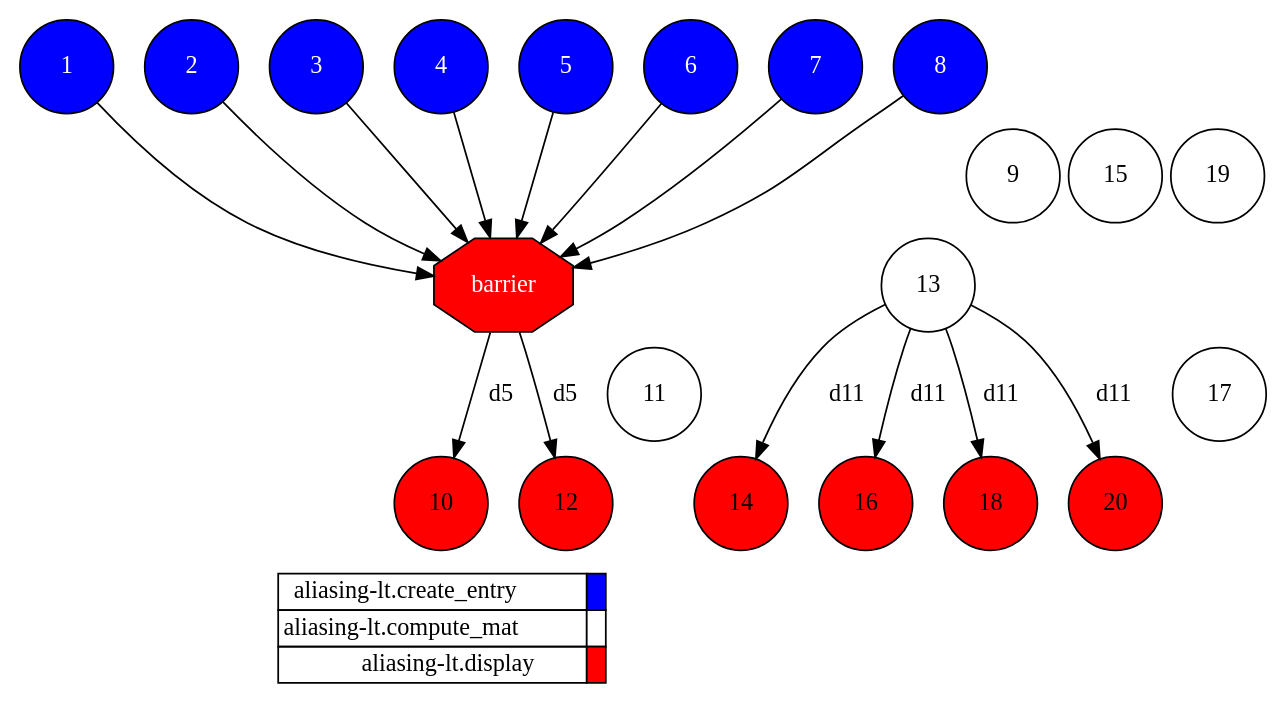
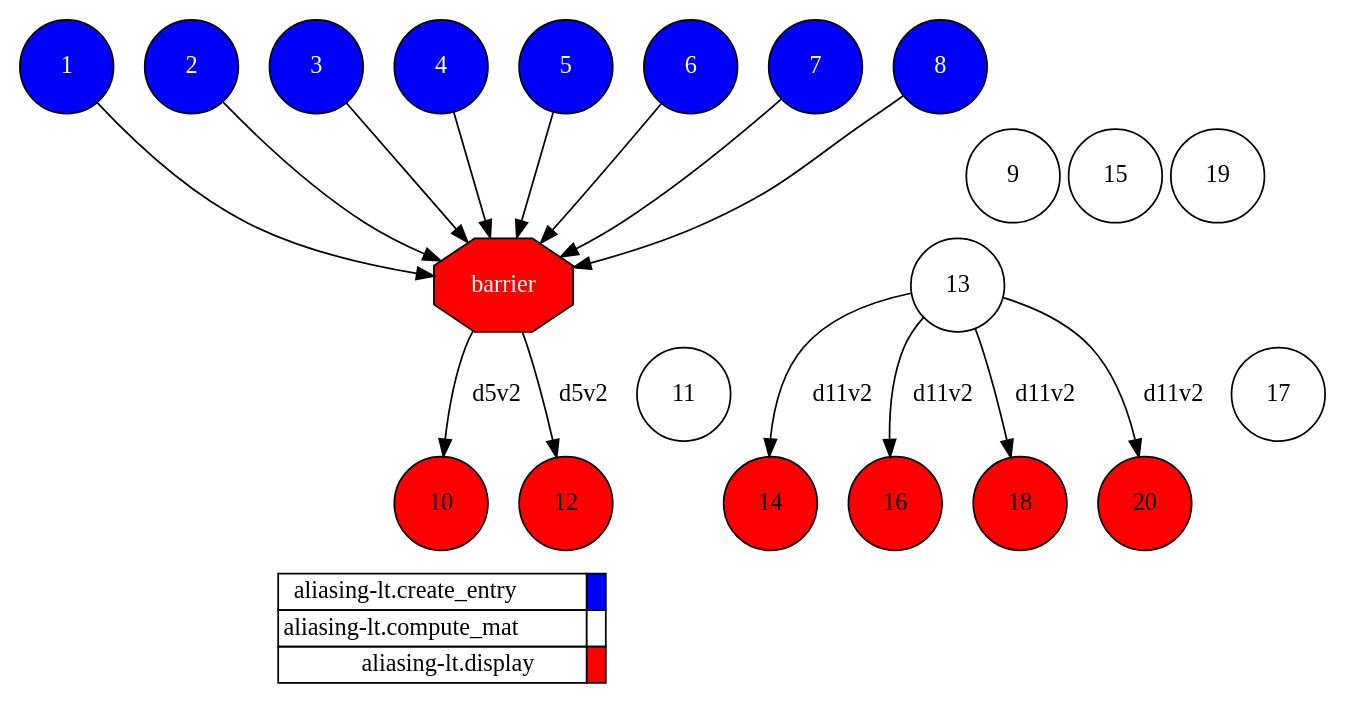
The diagram in examples/aliasing-lt/results/local/userparallel/complete_graph.dot (cristianrcv/pycompss-autoparallel), drawn with Graphviz before and after one commit. The commit also changed 131 other files, not shown here.

```diff
--- a/examples/aliasing-lt/results/local/userparallel/complete_graph.dot
+++ b/examples/aliasing-lt/results/local/userparallel/complete_graph.dot
@@ -1,65 +1,65 @@
 digraph {
   rankdir=TB;
   labeljust="l";
   subgraph dependence_graph {
     ranksep=0.20;
     node[height=0.75];
 
 1[shape=circle, style=filled fillcolor="#0000ff" fontcolor="#ffffff"];
 2[shape=circle, style=filled fillcolor="#0000ff" fontcolor="#ffffff"];
 3[shape=circle, style=filled fillcolor="#0000ff" fontcolor="#ffffff"];
 4[shape=circle, style=filled fillcolor="#0000ff" fontcolor="#ffffff"];
 5[shape=circle, style=filled fillcolor="#0000ff" fontcolor="#ffffff"];
 6[shape=circle, style=filled fillcolor="#0000ff" fontcolor="#ffffff"];
 7[shape=circle, style=filled fillcolor="#0000ff" fontcolor="#ffffff"];
 8[shape=circle, style=filled fillcolor="#0000ff" fontcolor="#ffffff"];
 Synchro1[label="barrier", shape=octagon, style=filled fillcolor="#ff0000" fontcolor="#FFFFFF"];
 2 -> Synchro1;
+6 -> Synchro1;
+1 -> Synchro1;
+4 -> Synchro1;
+3 -> Synchro1;
+8 -> Synchro1;
+5 -> Synchro1;
 7 -> Synchro1;
-6 -> Synchro1;
-8 -> Synchro1;
-1 -> Synchro1;
-3 -> Synchro1;
-4 -> Synchro1;
-5 -> Synchro1;
 9[shape=circle, style=filled fillcolor="#ffffff" fontcolor="#000000"];
 10[shape=circle, style=filled fillcolor="#ff0000" fontcolor="#000000"];
-Synchro1 -> 10[ label="d5" ];
+Synchro1 -> 10[ label="d5v2" ];
 11[shape=circle, style=filled fillcolor="#ffffff" fontcolor="#000000"];
 12[shape=circle, style=filled fillcolor="#ff0000" fontcolor="#000000"];
-Synchro1 -> 12[ label="d5" ];
+Synchro1 -> 12[ label="d5v2" ];
 13[shape=circle, style=filled fillcolor="#ffffff" fontcolor="#000000"];
 14[shape=circle, style=filled fillcolor="#ff0000" fontcolor="#000000"];
-13 -> 14[ label="d11" ];
+13 -> 14[ label="d11v2" ];
 15[shape=circle, style=filled fillcolor="#ffffff" fontcolor="#000000"];
 16[shape=circle, style=filled fillcolor="#ff0000" fontcolor="#000000"];
-13 -> 16[ label="d11" ];
+13 -> 16[ label="d11v2" ];
 17[shape=circle, style=filled fillcolor="#ffffff" fontcolor="#000000"];
 18[shape=circle, style=filled fillcolor="#ff0000" fontcolor="#000000"];
-13 -> 18[ label="d11" ];
+13 -> 18[ label="d11v2" ];
 19[shape=circle, style=filled fillcolor="#ffffff" fontcolor="#000000"];
 20[shape=circle, style=filled fillcolor="#ff0000" fontcolor="#000000"];
-13 -> 20[ label="d11" ];  }
+13 -> 20[ label="d11v2" ];  }
   subgraph legend {
     rank=sink;
     node [shape=plaintext, height=0.75];
     ranksep=0.20;
     label = "Legend";
     key [label=<
       <table border="0" cellpadding="2" cellspacing="0" cellborder="1">
 <tr>
 <td align="right">aliasing-lt.create_entry</td>
 <td bgcolor="#0000ff">&nbsp;</td>
 </tr>
 <tr>
 <td align="right">aliasing-lt.compute_mat</td>
 <td bgcolor="#ffffff">&nbsp;</td>
 </tr>
 <tr>
 <td align="right">aliasing-lt.display</td>
 <td bgcolor="#ff0000">&nbsp;</td>
 </tr>
       </table>
     >]
   }
 }
```
